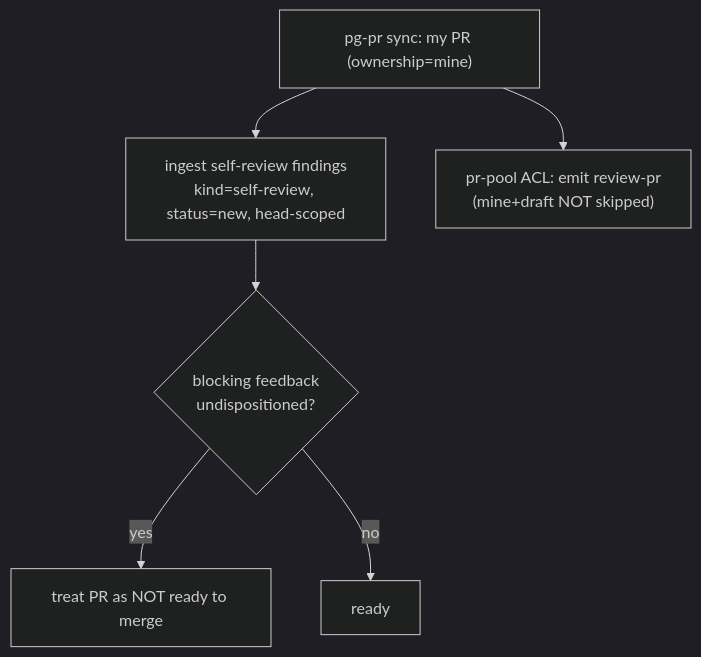
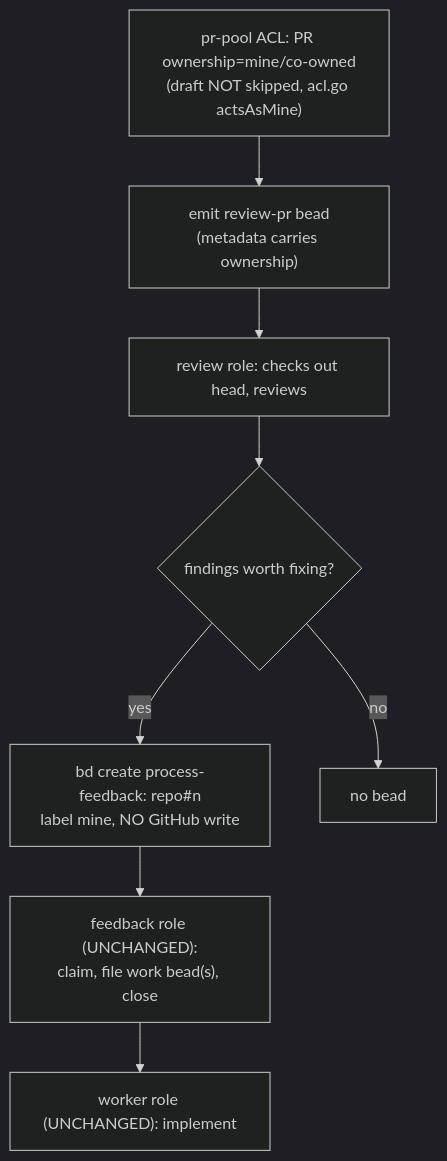
Before and after one commit to phillipgreenii/nix-agent-support: the third of 6 diagrams in docs/pr-review-flow.md, drawn with Mermaid (dark theme). The commit also changed other lines of this file and 61 other files, not shown here.

First line of the commit message:
Strip legacy pg-pr review workflow; relocate mine-path self-review into pr-pool

````diff
--- a/docs/pr-review-flow.md
+++ b/docs/pr-review-flow.md
@@ -245,8 +258,10 @@
 ```mermaid
 flowchart TD
-    a["pg-pr sync: my PR (ownership=mine)"] --> b["ingest self-review findings<br/>kind=self-review, status=new, head-scoped"]
-    b --> c{"blocking feedback<br/>undispositioned?"}
-    c -->|yes| d["treat PR as NOT ready to merge"]
-    c -->|no| e["ready"]
-    a --> f["pr-pool ACL: emit review-pr<br/>(mine+draft NOT skipped)"]
+    a["pr-pool ACL: PR ownership=mine/co-owned<br/>(draft NOT skipped, acl.go actsAsMine)"] --> b["emit review-pr bead<br/>(metadata carries ownership)"]
+    b --> c["review role: checks out head, reviews"]
+    c --> d{"findings worth fixing?"}
+    d -->|yes| e["bd create process-feedback: repo#n<br/>label mine, NO GitHub write"]
+    d -->|no| f["no bead"]
+    e --> g["feedback role (UNCHANGED):<br/>claim, file work bead(s), close"]
+    g --> h["worker role (UNCHANGED): implement"]
 ```
````
